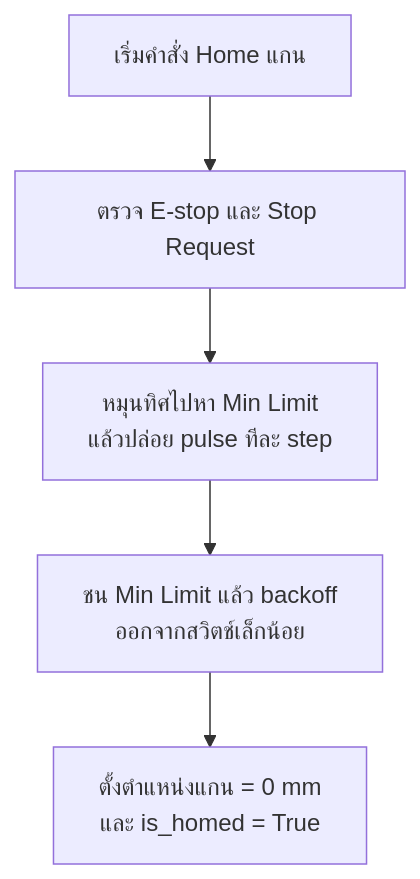
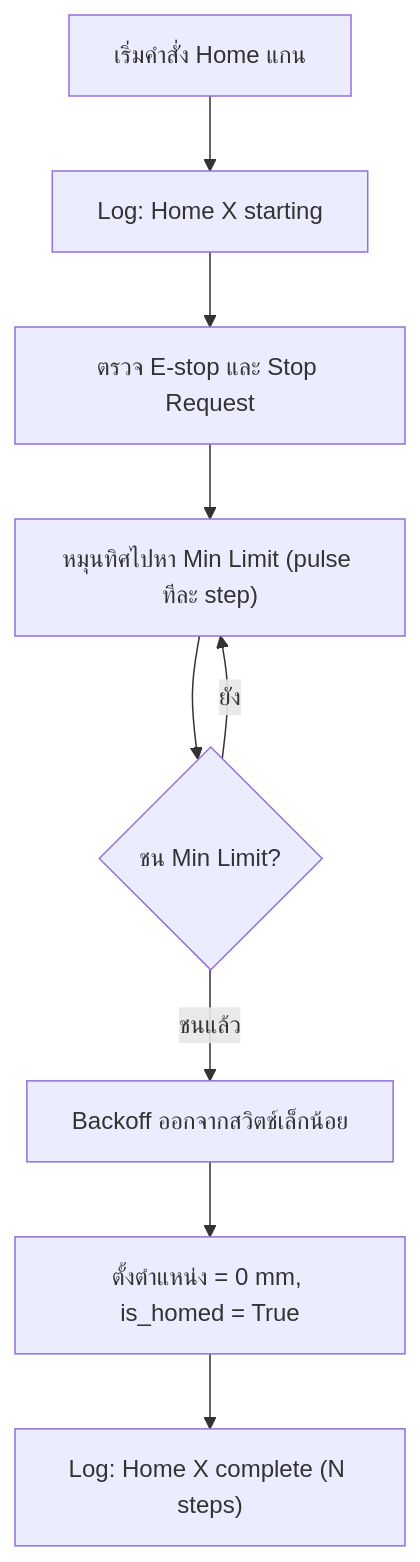
One commit to prongnaruebest/NaritVendingMachine changed the second of 3 diagrams in ARCHITECTURE_TH.md. Above: the diagram before and after it, drawn with Mermaid. The commit also changed other lines of this file and 18 other files, not shown here.

````diff
--- a/ARCHITECTURE_TH.md
+++ b/ARCHITECTURE_TH.md
@@ -139,7 +314,11 @@
 ```mermaid
 flowchart TD
-    A["เริ่มคำสั่ง Home แกน"] --> B["ตรวจ E-stop และ Stop Request"]
-    B --> C["หมุนทิศไปหา Min Limit<br/>แล้วปล่อย pulse ทีละ step"]
-    C --> D["ชน Min Limit แล้ว backoff<br/>ออกจากสวิตช์เล็กน้อย"]
-    D --> E["ตั้งตำแหน่งแกน = 0 mm<br/>และ is_homed = True"]
+    A["เริ่มคำสั่ง Home แกน"] --> B["Log: Home X starting"]
+    B --> C["ตรวจ E-stop และ Stop Request"]
+    C --> D["หมุนทิศไปหา Min Limit (pulse ทีละ step)"]
+    D --> E{"ชน Min Limit?"}
+    E -- "ยัง" --> D
+    E -- "ชนแล้ว" --> F["Backoff ออกจากสวิตช์เล็กน้อย"]
+    F --> G["ตั้งตำแหน่ง = 0 mm, is_homed = True"]
+    G --> H["Log: Home X complete (N steps)"]
 ```
````
